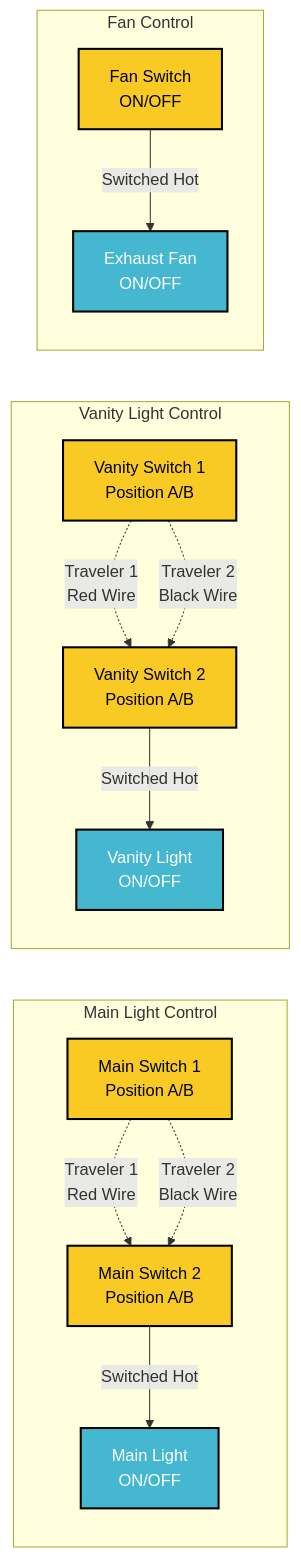
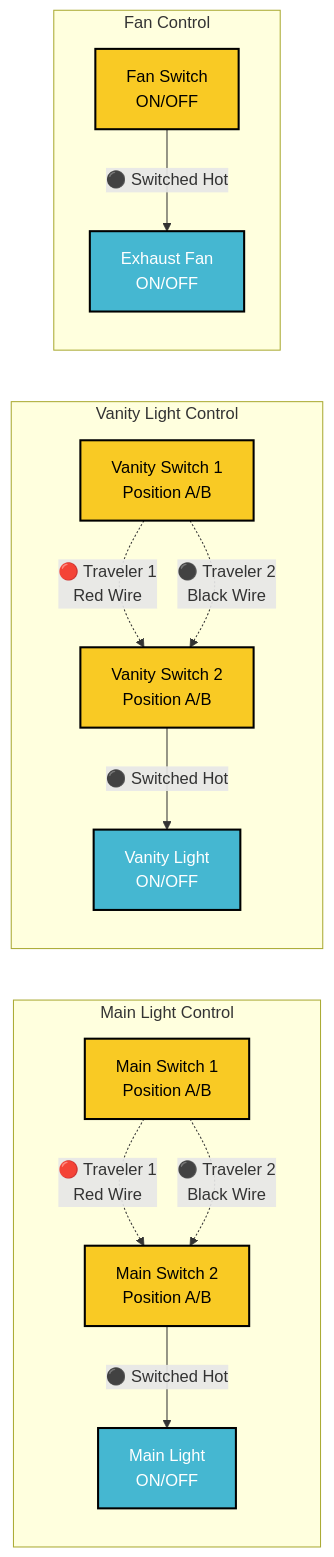
One commit to ticklemycode/electrical-wiring changed the second of 8 diagrams in diagrams/mermaid-wiring-diagram.md. Above: the diagram before and after it, drawn with Mermaid. The commit also changed other lines of this file, not shown here.

````diff
--- a/diagrams/mermaid-wiring-diagram.md
+++ b/diagrams/mermaid-wiring-diagram.md
@@ -63,35 +72,35 @@
 ```mermaid
 flowchart LR
     subgraph "Main Light Control"
         MS1[Main Switch 1<br/>Position A/B] 
         MS2[Main Switch 2<br/>Position A/B]
         ML[Main Light<br/>ON/OFF]
         
-        MS1 -.->|Traveler 1<br/>Red Wire| MS2
-        MS1 -.->|Traveler 2<br/>Black Wire| MS2
-        MS2 -->|Switched Hot| ML
+        MS1 -.->|🔴 Traveler 1<br/>Red Wire| MS2
+        MS1 -.->|⚫ Traveler 2<br/>Black Wire| MS2
+        MS2 -->|⚫ Switched Hot| ML
     end
     
     subgraph "Vanity Light Control"
         VS1[Vanity Switch 1<br/>Position A/B]
         VS2[Vanity Switch 2<br/>Position A/B]
         VL[Vanity Light<br/>ON/OFF]
         
-        VS1 -.->|Traveler 1<br/>Red Wire| VS2
-        VS1 -.->|Traveler 2<br/>Black Wire| VS2
-        VS2 -->|Switched Hot| VL
+        VS1 -.->|🔴 Traveler 1<br/>Red Wire| VS2
+        VS1 -.->|⚫ Traveler 2<br/>Black Wire| VS2
+        VS2 -->|⚫ Switched Hot| VL
     end
     
     subgraph "Fan Control"
         FS[Fan Switch<br/>ON/OFF]
         FAN[Exhaust Fan<br/>ON/OFF]
         
-        FS -->|Switched Hot| FAN
+        FS -->|⚫ Switched Hot| FAN
     end
     
     classDef switchStyle fill:#f9ca24,stroke:#000,stroke-width:2px,color:#000
     classDef deviceStyle fill:#45b7d1,stroke:#000,stroke-width:2px,color:#fff
     
     class MS1,MS2,VS1,VS2,FS switchStyle
     class ML,VL,FAN deviceStyle
 ```
````
